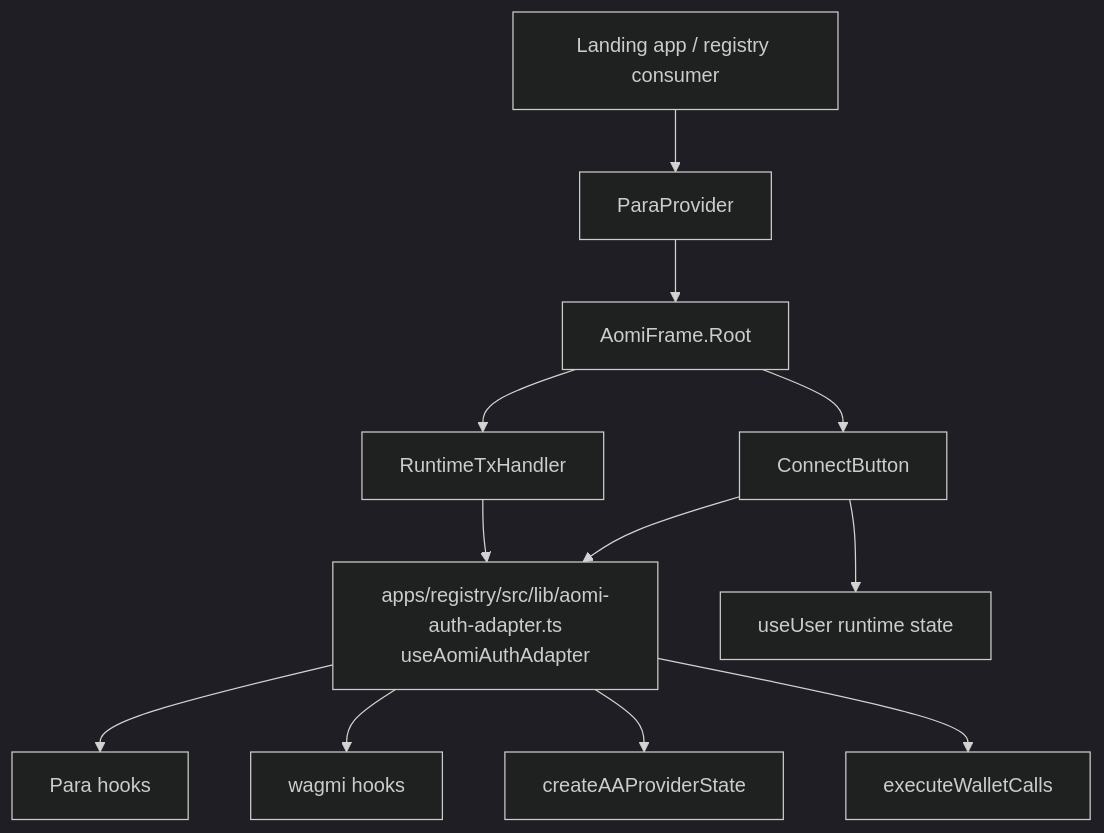
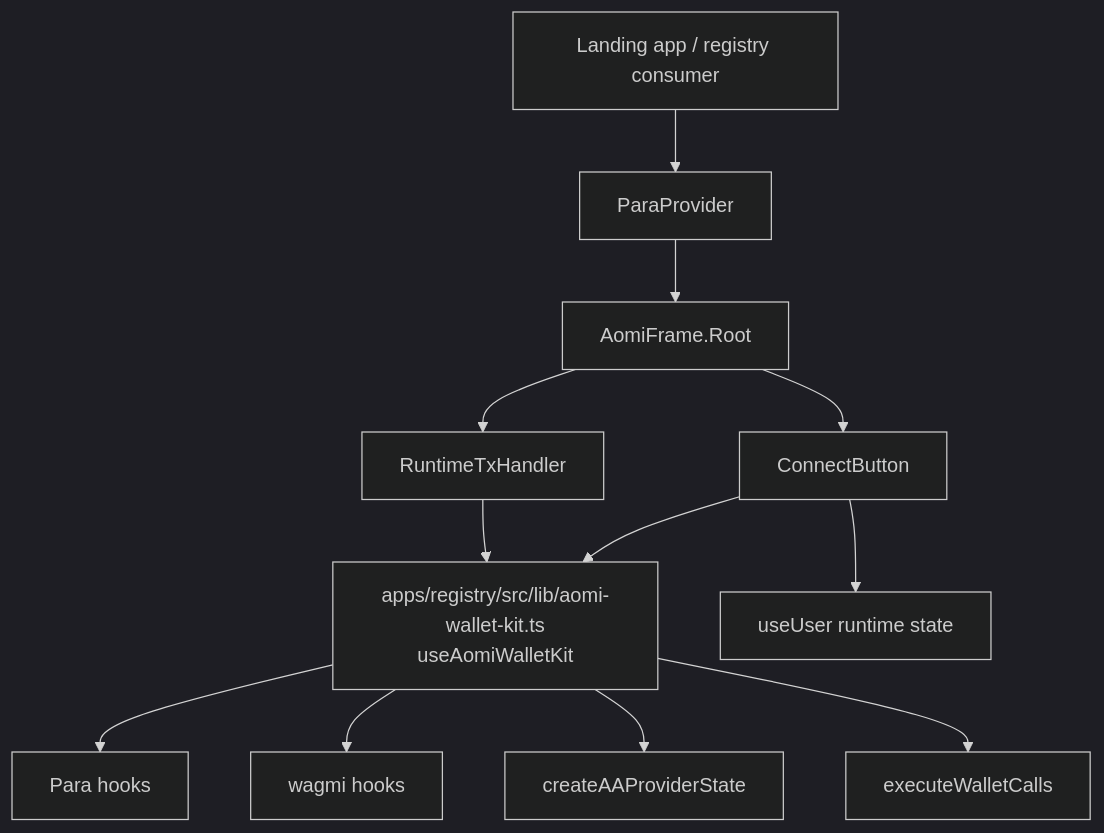
The first of 24 diagrams in specs/WALLET-ADAPTERS-ARCH.md (aomi-labs/aomi-widget), drawn with Mermaid (dark theme) before and after one commit. The commit also changed other lines of this file and 200 other files, not shown here.

````diff
--- a/specs/WALLET-ADAPTERS-ARCH.md
+++ b/specs/WALLET-ADAPTERS-ARCH.md
@@ -74,26 +74,26 @@
 ```mermaid
 graph TD
   App["Landing app / registry consumer"]
   ParaProvider["ParaProvider"]
   AomiFrame["AomiFrame.Root"]
   ConnectButton["ConnectButton"]
   RuntimeTxHandler["RuntimeTxHandler"]
-  LegacyAdapter["apps/registry/src/lib/aomi-auth-adapter.ts<br/>useAomiAuthAdapter"]
+  LegacyAdapter["apps/registry/src/lib/aomi-wallet-kit.ts<br/>useAomiWalletKit"]
   ParaHooks["Para hooks"]
   WagmiHooks["wagmi hooks"]
   AAState["createAAProviderState"]
   Execute["executeWalletCalls"]
   UserState["useUser runtime state"]
 
   App --> ParaProvider
   ParaProvider --> AomiFrame
   AomiFrame --> ConnectButton
   AomiFrame --> RuntimeTxHandler
   ConnectButton --> LegacyAdapter
   RuntimeTxHandler --> LegacyAdapter
   LegacyAdapter --> ParaHooks
   LegacyAdapter --> WagmiHooks
   LegacyAdapter --> AAState
   LegacyAdapter --> Execute
   ConnectButton --> UserState
 ```
````
